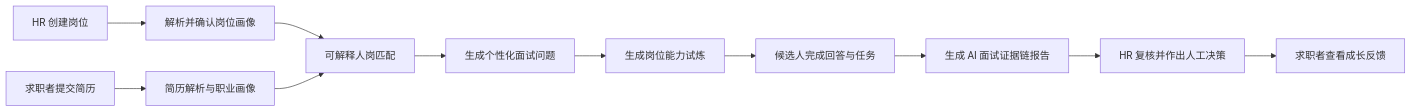
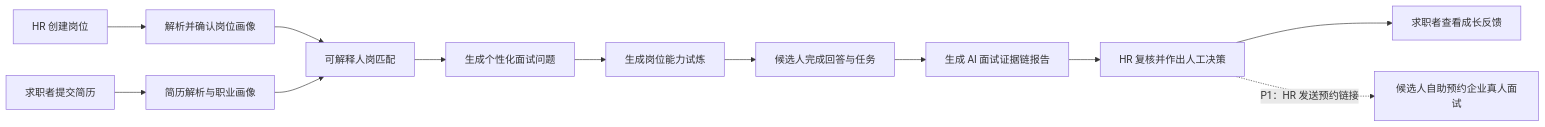
Before and after one commit to KOKIdebuff/JobFit: the first of 2 diagrams in README.md, drawn with Mermaid. The commit also changed other lines of this file and 5 other files, not shown here.

````diff
--- a/README.md
+++ b/README.md
@@ -49,13 +55,14 @@
 ```mermaid
 flowchart LR
   HR["HR 创建岗位"] --> JD["解析并确认岗位画像"]
   C["求职者提交简历"] --> RP["简历解析与职业画像"]
   JD --> M["可解释人岗匹配"]
   RP --> M
   M --> Q["生成个性化面试问题"]
   Q --> T["生成岗位能力试炼"]
   T --> S["候选人完成回答与任务"]
   S --> R["生成 AI 面试证据链报告"]
   R --> D["HR 复核并作出人工决策"]
   D --> G["求职者查看成长反馈"]
+  D -.->|"P1：HR 发送预约链接"| B["候选人自助预约企业真人面试"]
 ```
````
